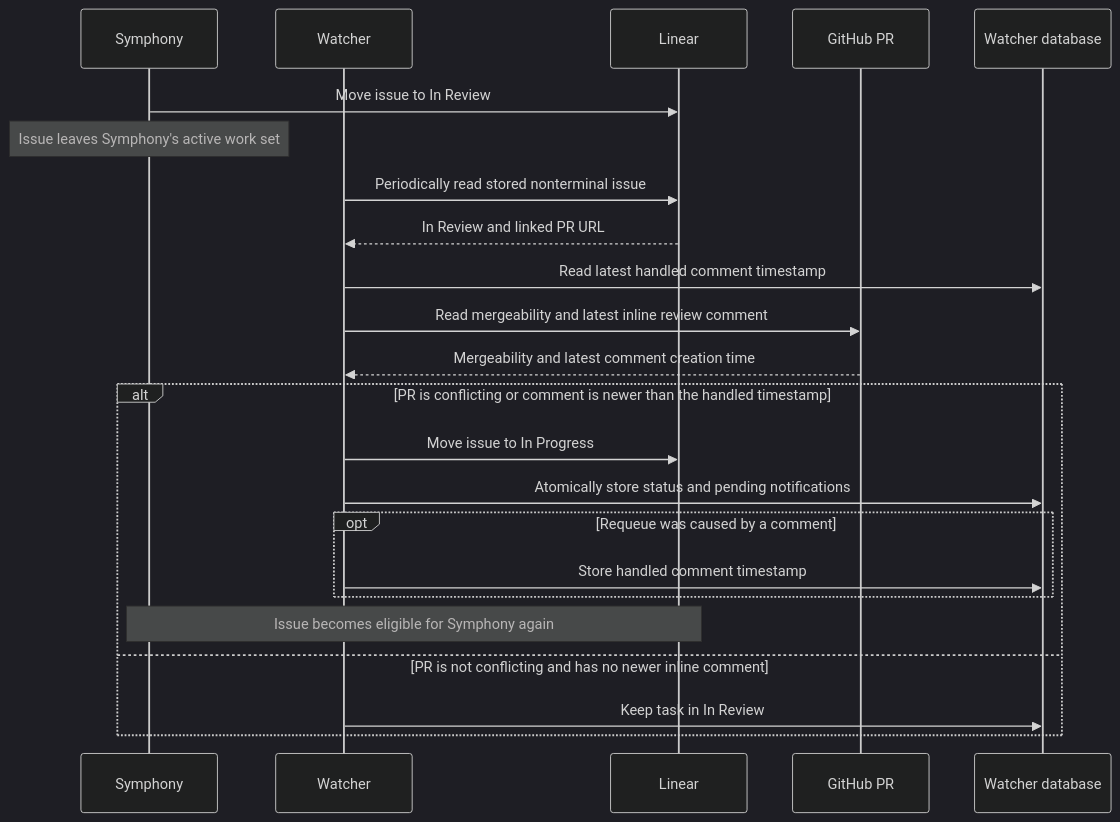
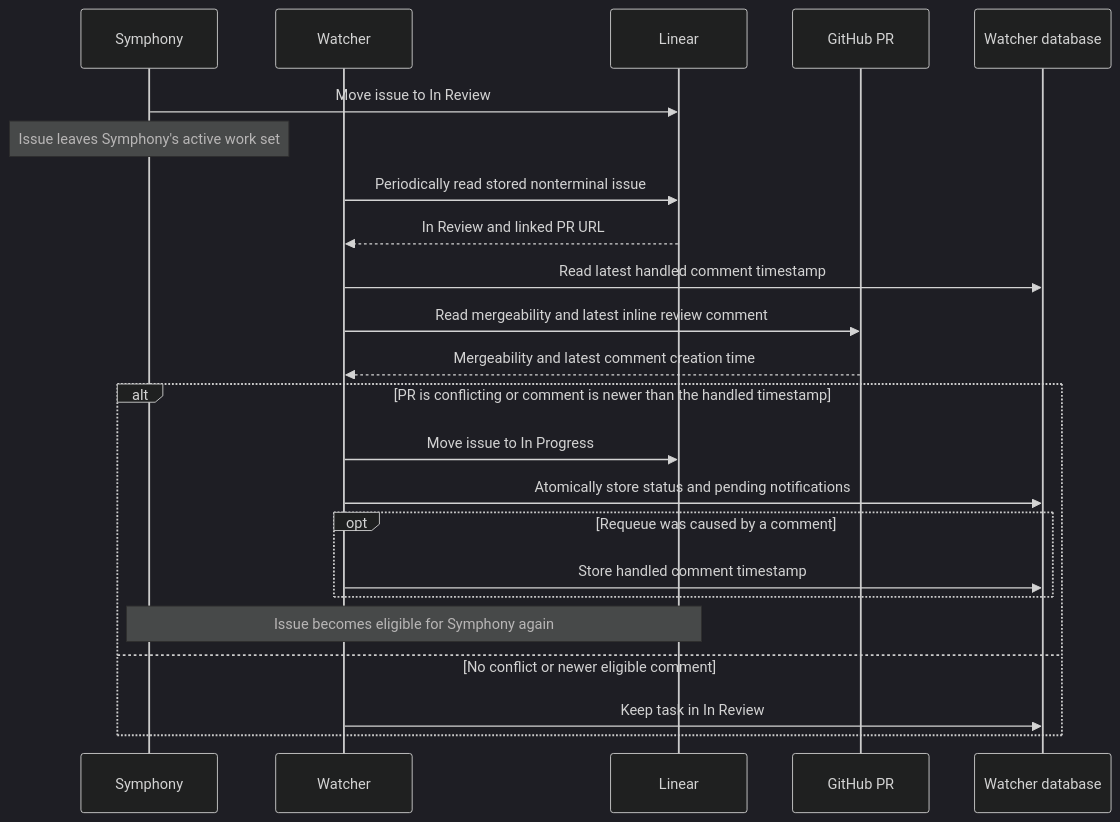
The second of 2 diagrams in docs/architecture.md (hiroppy/orchestrators), drawn with Mermaid (dark theme) before and after one commit. The commit also changed other lines of this file and 4 other files, not shown here.

````diff
--- a/docs/architecture.md
+++ b/docs/architecture.md
@@ -120,26 +160,26 @@
 ```mermaid
 sequenceDiagram
   participant S as Symphony
   participant W as Watcher
   participant L as Linear
   participant G as GitHub PR
   participant DB as Watcher database
 
   S->>L: Move issue to In Review
   Note over S: Issue leaves Symphony's active work set
   W->>L: Periodically read stored nonterminal issue
   L-->>W: In Review and linked PR URL
   W->>DB: Read latest handled comment timestamp
   W->>G: Read mergeability and latest inline review comment
   G-->>W: Mergeability and latest comment creation time
   alt PR is conflicting or comment is newer than the handled timestamp
     W->>L: Move issue to In Progress
     W->>DB: Atomically store status and pending notifications
     opt Requeue was caused by a comment
       W->>DB: Store handled comment timestamp
     end
     Note over S,L: Issue becomes eligible for Symphony again
-  else PR is not conflicting and has no newer inline comment
+  else No conflict or newer eligible comment
     W->>DB: Keep task in In Review
   end
 ```
````
